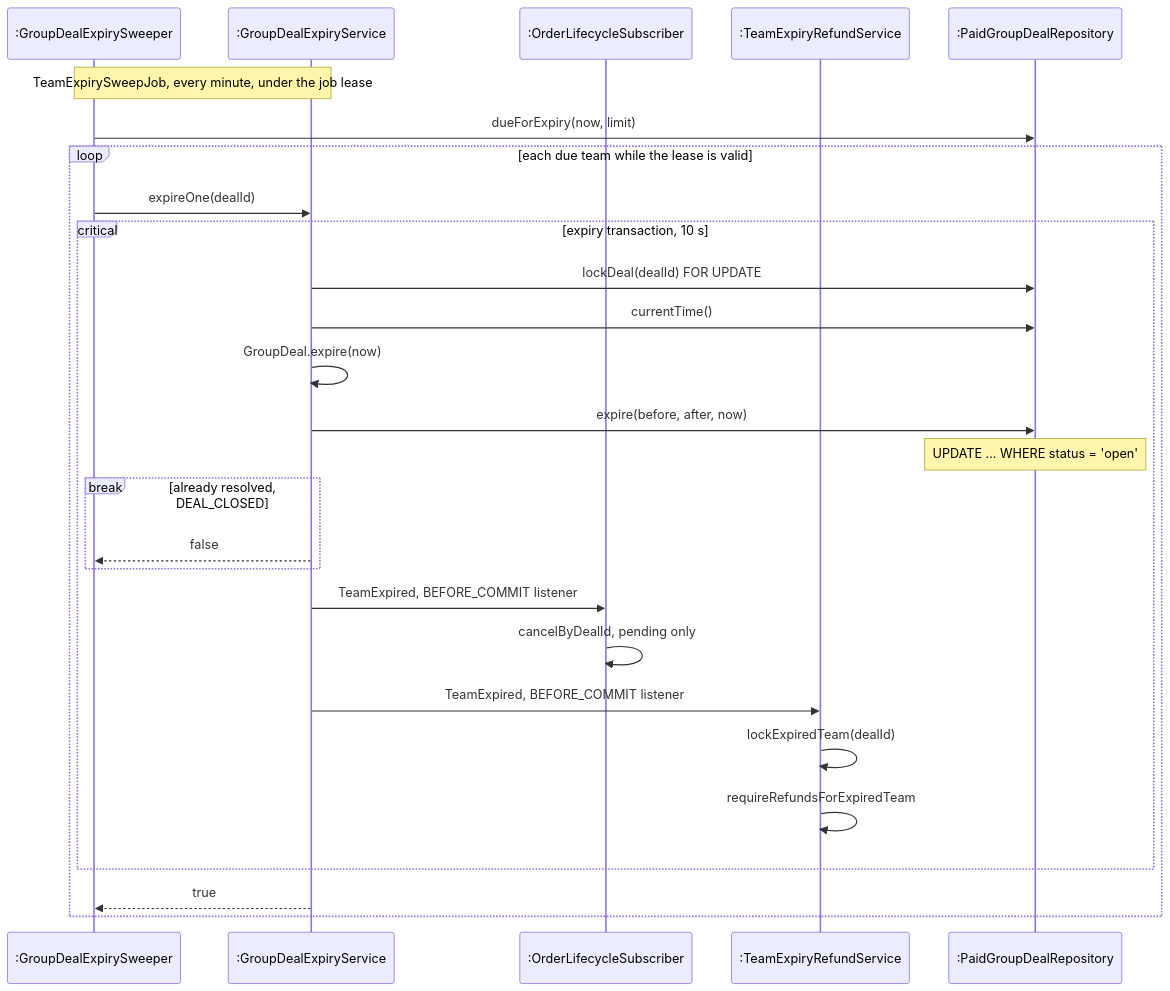
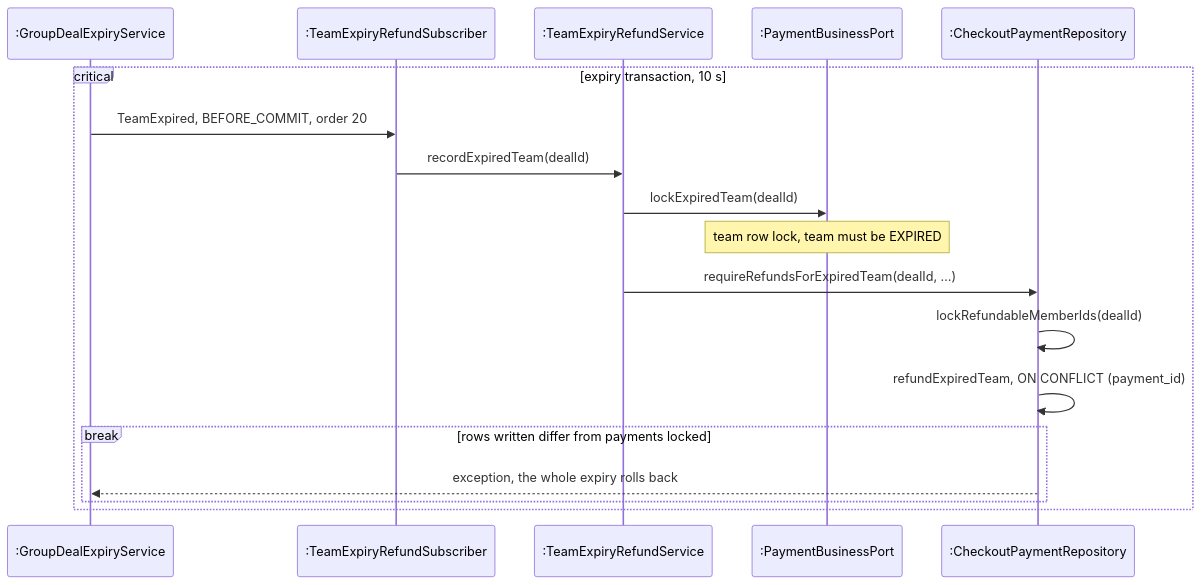
Before and after one commit to PPsyrius/iss-groupbuy-team8: the sixth of 9 diagrams in docs/swe5006/report/sections/03-4-2-yorik.md, drawn with Mermaid. The commit also changed other lines of this file and 60 other files, not shown here.

First line of the commit message:
docs(report): template format, VP-style UML and fact fixes (#463, #695) (#704)

````diff
--- a/docs/swe5006/report/sections/03-4-2-yorik.md
+++ b/docs/swe5006/report/sections/03-4-2-yorik.md
@@ -414,30 +315,21 @@
 ```mermaid
 sequenceDiagram
-    participant Sweeper as :GroupDealExpirySweeper
     participant Expiry as :GroupDealExpiryService
-    participant Orders as :OrderLifecycleSubscriber
+    participant Sub as :TeamExpiryRefundSubscriber
     participant Refunds as :TeamExpiryRefundService
-    participant Repo as :PaidGroupDealRepository
+    participant Port as :PaymentBusinessPort
+    participant Repo as :CheckoutPaymentRepository
 
-    Note over Sweeper,Expiry: TeamExpirySweepJob, every minute, under the job lease
-    Sweeper->>Repo: dueForExpiry(now, limit)
-    loop each due team while the lease is valid
-        Sweeper->>Expiry: expireOne(dealId)
-        critical expiry transaction, 10 s
-            Expiry->>Repo: lockDeal(dealId) FOR UPDATE
-            Expiry->>Repo: currentTime()
-            Expiry->>Expiry: GroupDeal.expire(now)
-            Expiry->>Repo: expire(before, after, now)
-            Note over Repo: UPDATE … WHERE status = 'open'
-            break already resolved, DEAL_CLOSED
-                Expiry-->>Sweeper: false
-            end
-            Expiry->>Orders: TeamExpired, BEFORE_COMMIT listener
-            Orders->>Orders: cancelByDealId, pending only
-            Expiry->>Refunds: TeamExpired, BEFORE_COMMIT listener
-            Refunds->>Refunds: lockExpiredTeam(dealId)
-            Refunds->>Refunds: requireRefundsForExpiredTeam
+    critical expiry transaction, 10 s
+        Expiry->>Sub: TeamExpired, BEFORE_COMMIT, order 20
+        Sub->>Refunds: recordExpiredTeam(dealId)
+        Refunds->>Port: lockExpiredTeam(dealId)
+        Note over Port: team row lock, team must be EXPIRED
+        Refunds->>Repo: requireRefundsForExpiredTeam(dealId, …)
+        Repo->>Repo: lockRefundableMemberIds(dealId)
+        Repo->>Repo: refundExpiredTeam, ON CONFLICT (payment_id)
+        break rows written differ from payments locked
+            Repo-->>Expiry: exception, the whole expiry rolls back
         end
-        Expiry-->>Sweeper: true
     end
 ```
````
